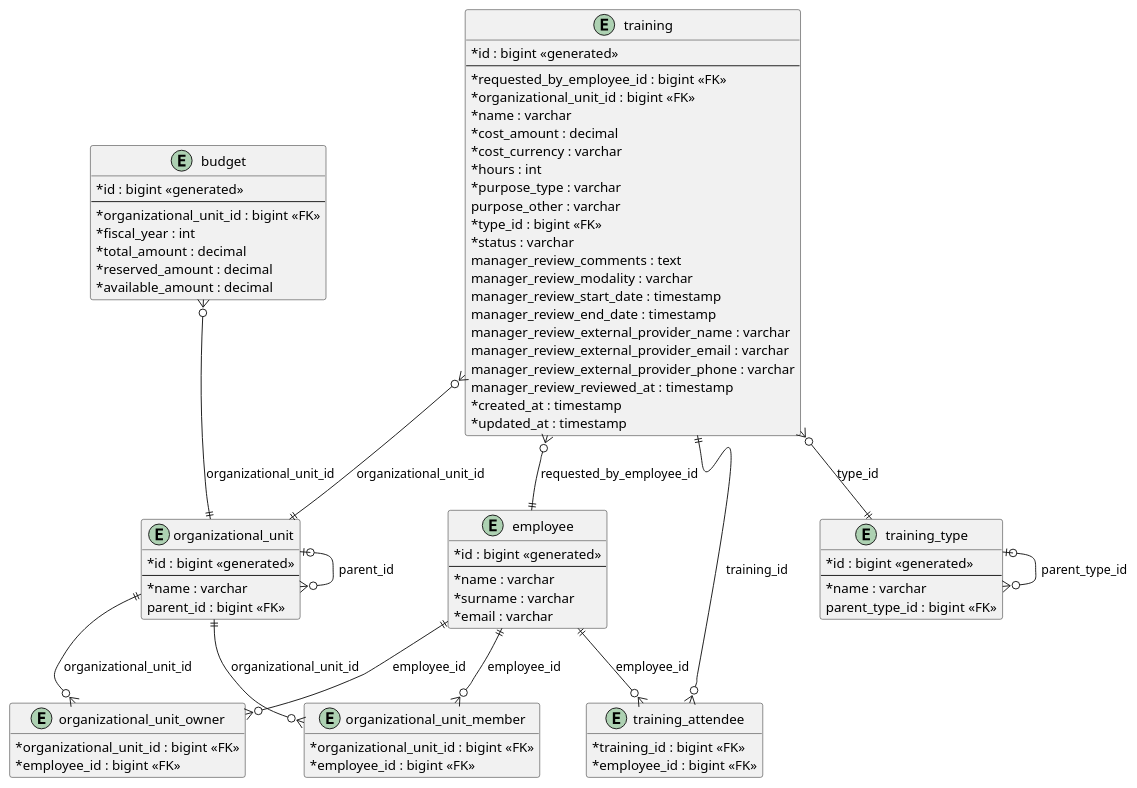
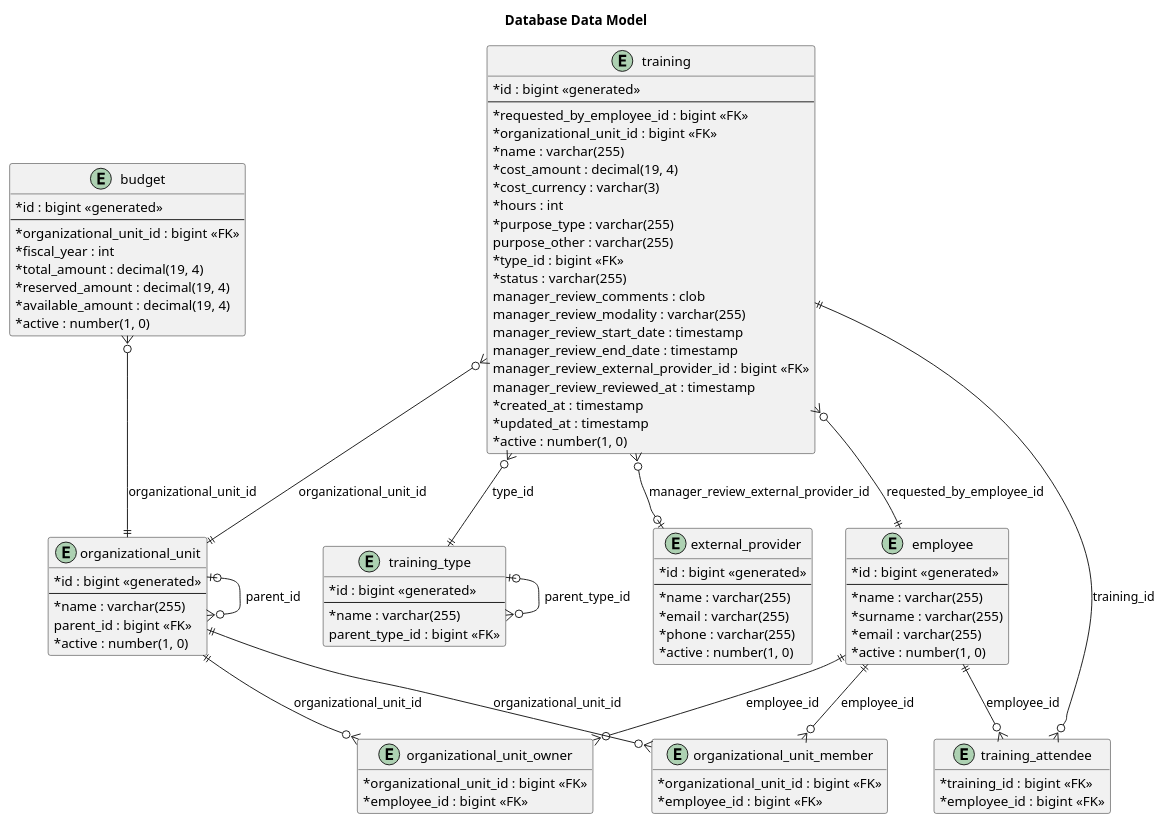
The diagram in doc/database_schema.puml (erikandreasdev/oulearning), drawn with PlantUML before and after one commit. The commit also changed 18 other files, not shown here.

Commit message:
feat: introduce ExternalProviderId, repository, and lifecycle methods to support entity-based domain management

```diff
--- a/doc/database_schema.puml
+++ b/doc/database_schema.puml
@@ -1,95 +1,109 @@
 @startuml
 skinparam classAttributeIconSize 0
 hide empty members
 
+title Database Data Model
+
 entity "employee" as employee {
   * id : bigint <<generated>>
   --
-  * name : varchar
-  * surname : varchar
-  * email : varchar
+  * name : varchar(255)
+  * surname : varchar(255)
+  * email : varchar(255)
+  * active : number(1, 0)
 }
 
 entity "organizational_unit" as organizational_unit {
   * id : bigint <<generated>>
   --
-  * name : varchar
+  * name : varchar(255)
   parent_id : bigint <<FK>>
+  * active : number(1, 0)
 }
 
 entity "organizational_unit_owner" as organizational_unit_owner {
   * organizational_unit_id : bigint <<FK>>
   * employee_id : bigint <<FK>>
 }
 
 entity "organizational_unit_member" as organizational_unit_member {
   * organizational_unit_id : bigint <<FK>>
   * employee_id : bigint <<FK>>
 }
 
 entity "budget" as budget {
   * id : bigint <<generated>>
   --
   * organizational_unit_id : bigint <<FK>>
   * fiscal_year : int
-  * total_amount : decimal
-  * reserved_amount : decimal
-  * available_amount : decimal
+  * total_amount : decimal(19, 4)
+  * reserved_amount : decimal(19, 4)
+  * available_amount : decimal(19, 4)
+  * active : number(1, 0)
 }
 
 entity "training_type" as training_type {
   * id : bigint <<generated>>
   --
-  * name : varchar
+  * name : varchar(255)
   parent_type_id : bigint <<FK>>
+}
+
+entity "external_provider" as external_provider {
+  * id : bigint <<generated>>
+  --
+  * name : varchar(255)
+  * email : varchar(255)
+  * phone : varchar(255)
+  * active : number(1, 0)
 }
 
 entity "training" as training {
   * id : bigint <<generated>>
   --
   * requested_by_employee_id : bigint <<FK>>
   * organizational_unit_id : bigint <<FK>>
-  * name : varchar
-  * cost_amount : decimal
-  * cost_currency : varchar
+  * name : varchar(255)
+  * cost_amount : decimal(19, 4)
+  * cost_currency : varchar(3)
   * hours : int
-  * purpose_type : varchar
-  purpose_other : varchar
+  * purpose_type : varchar(255)
+  purpose_other : varchar(255)
   * type_id : bigint <<FK>>
-  * status : varchar
-  manager_review_comments : text
-  manager_review_modality : varchar
+  * status : varchar(255)
+  manager_review_comments : clob
+  manager_review_modality : varchar(255)
   manager_review_start_date : timestamp
   manager_review_end_date : timestamp
-  manager_review_external_provider_name : varchar
-  manager_review_external_provider_email : varchar
-  manager_review_external_provider_phone : varchar
+  manager_review_external_provider_id : bigint <<FK>>
   manager_review_reviewed_at : timestamp
   * created_at : timestamp
   * updated_at : timestamp
+  * active : number(1, 0)
 }
 
 entity "training_attendee" as training_attendee {
   * training_id : bigint <<FK>>
   * employee_id : bigint <<FK>>
 }
 
 organizational_unit |o--o{ organizational_unit : "parent_id"
 organizational_unit ||--o{ organizational_unit_owner : "organizational_unit_id"
 employee ||--o{ organizational_unit_owner : "employee_id"
 
 organizational_unit ||--o{ organizational_unit_member : "organizational_unit_id"
 employee ||--o{ organizational_unit_member : "employee_id"
 
 budget }o--|| organizational_unit : "organizational_unit_id"
 
 training_type |o--o{ training_type : "parent_type_id"
 
 training }o--|| employee : "requested_by_employee_id"
 training }o--|| organizational_unit : "organizational_unit_id"
 training }o--|| training_type : "type_id"
+training }o--o| external_provider : "manager_review_external_provider_id"
 
 training ||--o{ training_attendee : "training_id"
 employee ||--o{ training_attendee : "employee_id"
 
 @enduml
```
